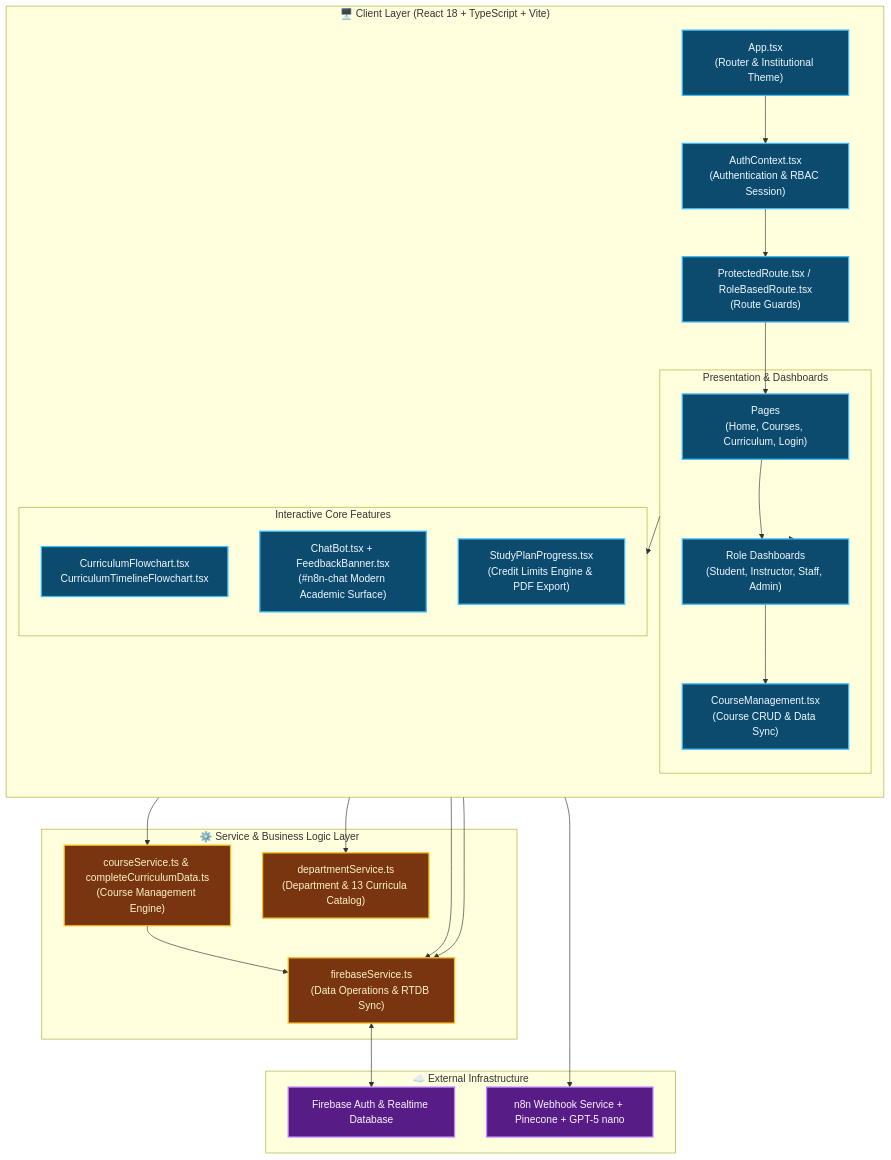
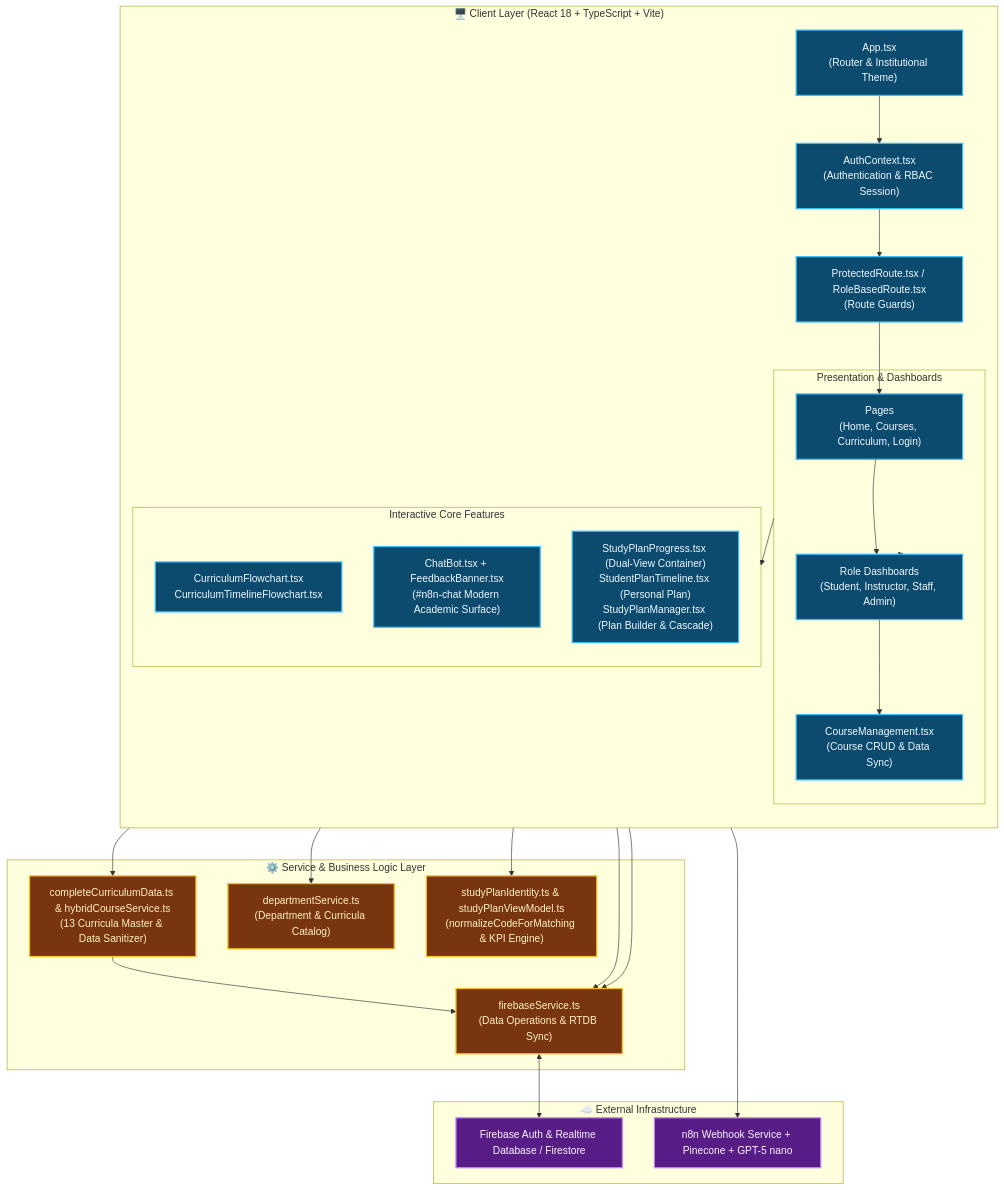
Before and after one commit to kainapatkmutnb/it-course-chatbot-main: the third of 4 diagrams in README.md, drawn with Mermaid. The commit also changed other lines of this file and 12 other files, not shown here.

Commit message:
docs: generate updated draw.io diagrams and high-contrast retina exports in diagrams2

````diff
--- a/README.md
+++ b/README.md
@@ -173,53 +173,55 @@
 ```mermaid
 flowchart TB
     classDef client fill:#0C4A6E,stroke:#38BDF8,stroke-width:2px,color:#F0F9FF;
     classDef service fill:#78350F,stroke:#FBBF24,stroke-width:2px,color:#FEF3C7;
     classDef ext fill:#581C87,stroke:#C084FC,stroke-width:2px,color:#FAF5FF;
 
     subgraph ClientLayer ["🖥️ Client Layer (React 18 + TypeScript + Vite)"]
         direction TB
         App["App.tsx<br/>(Router & Institutional Theme)"]:::client
         AuthContext["AuthContext.tsx<br/>(Authentication & RBAC Session)"]:::client
         ProtRoute["ProtectedRoute.tsx / RoleBasedRoute.tsx<br/>(Route Guards)"]:::client
 
         subgraph ViewSection ["Presentation & Dashboards"]
             Pages["Pages<br/>(Home, Courses, Curriculum, Login)"]:::client
             Dashboards["Role Dashboards<br/>(Student, Instructor, Staff, Admin)"]:::client
             CourseMgmt["CourseManagement.tsx<br/>(Course CRUD & Data Sync)"]:::client
         end
 
         subgraph FeatureSection ["Interactive Core Features"]
             Flowchart["CurriculumFlowchart.tsx<br/>CurriculumTimelineFlowchart.tsx"]:::client
             ChatBot["ChatBot.tsx + FeedbackBanner.tsx<br/>(#n8n-chat Modern Academic Surface)"]:::client
-            StudyPlan["StudyPlanProgress.tsx<br/>(Credit Limits Engine & PDF Export)"]:::client
+            StudyPlan["StudyPlanProgress.tsx (Dual-View Container)<br/>StudentPlanTimeline.tsx (Personal Plan)<br/>StudyPlanManager.tsx (Plan Builder & Cascade)"]:::client
         end
     end
 
     subgraph ServiceLayer ["⚙️ Service & Business Logic Layer"]
         FirebaseService["firebaseService.ts<br/>(Data Operations & RTDB Sync)"]:::service
-        CourseService["courseService.ts & completeCurriculumData.ts<br/>(Course Management Engine)"]:::service
-        DeptService["departmentService.ts<br/>(Department & 13 Curricula Catalog)"]:::service
+        CourseService["completeCurriculumData.ts & hybridCourseService.ts<br/>(13 Curricula Master & Data Sanitizer)"]:::service
+        DeptService["departmentService.ts<br/>(Department & Curricula Catalog)"]:::service
+        IdentityService["studyPlanIdentity.ts & studyPlanViewModel.ts<br/>(normalizeCodeForMatching & KPI Engine)"]:::service
     end
 
     subgraph ExternalLayer ["☁️ External Infrastructure"]
-        FirebaseBackend["Firebase Auth & Realtime Database"]:::ext
+        FirebaseBackend["Firebase Auth & Realtime Database / Firestore"]:::ext
         N8NBackend["n8n Webhook Service + Pinecone + GPT-5 nano"]:::ext
     end
 
     App --> AuthContext
     AuthContext --> ProtRoute
     ProtRoute --> Pages
     Pages --> Dashboards
     Dashboards --> CourseMgmt
     Dashboards --> ViewSection
     ViewSection --> FeatureSection
 
     CourseMgmt --> CourseService
     CourseMgmt --> FirebaseService
     Flowchart --> DeptService
     StudyPlan --> FirebaseService
+    StudyPlan --> IdentityService
     ChatBot --> N8NBackend
 
     FirebaseService <--> FirebaseBackend
     CourseService --> FirebaseService
 ```
````
